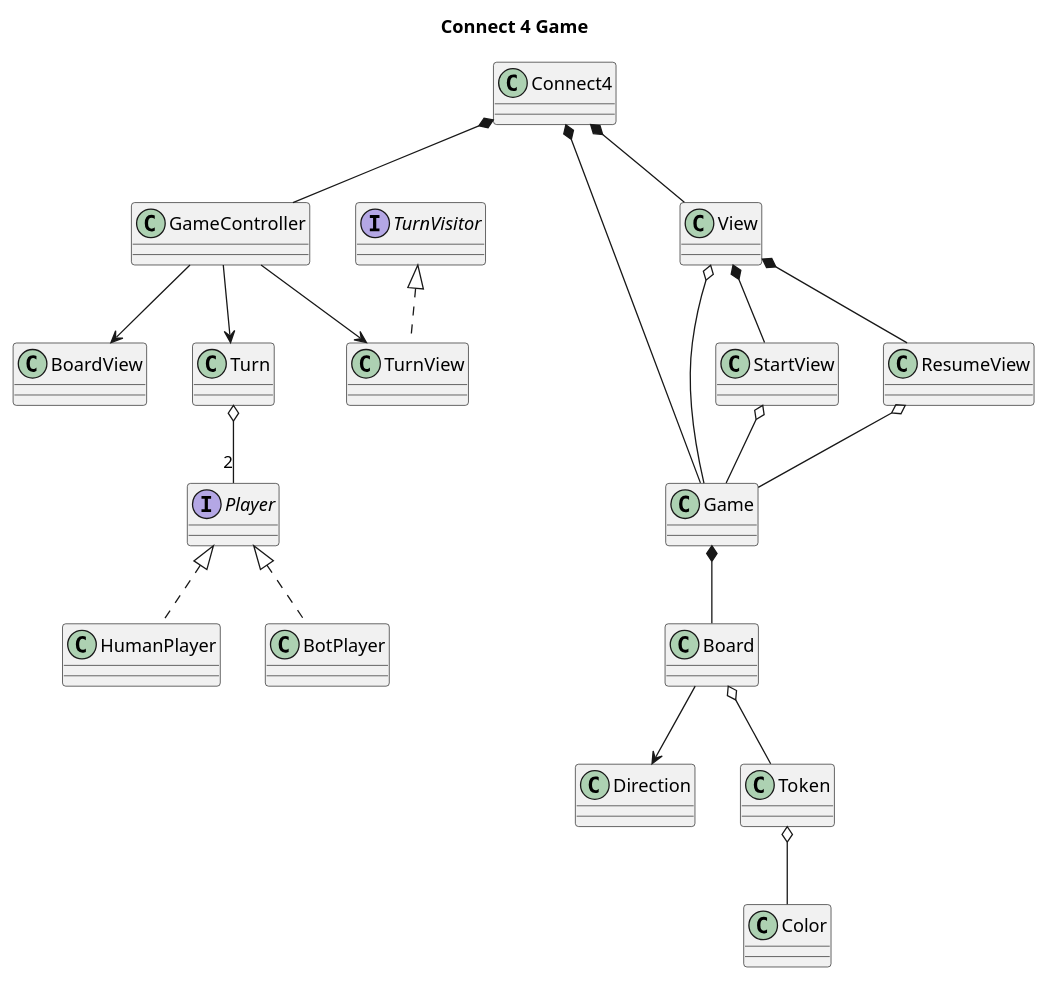
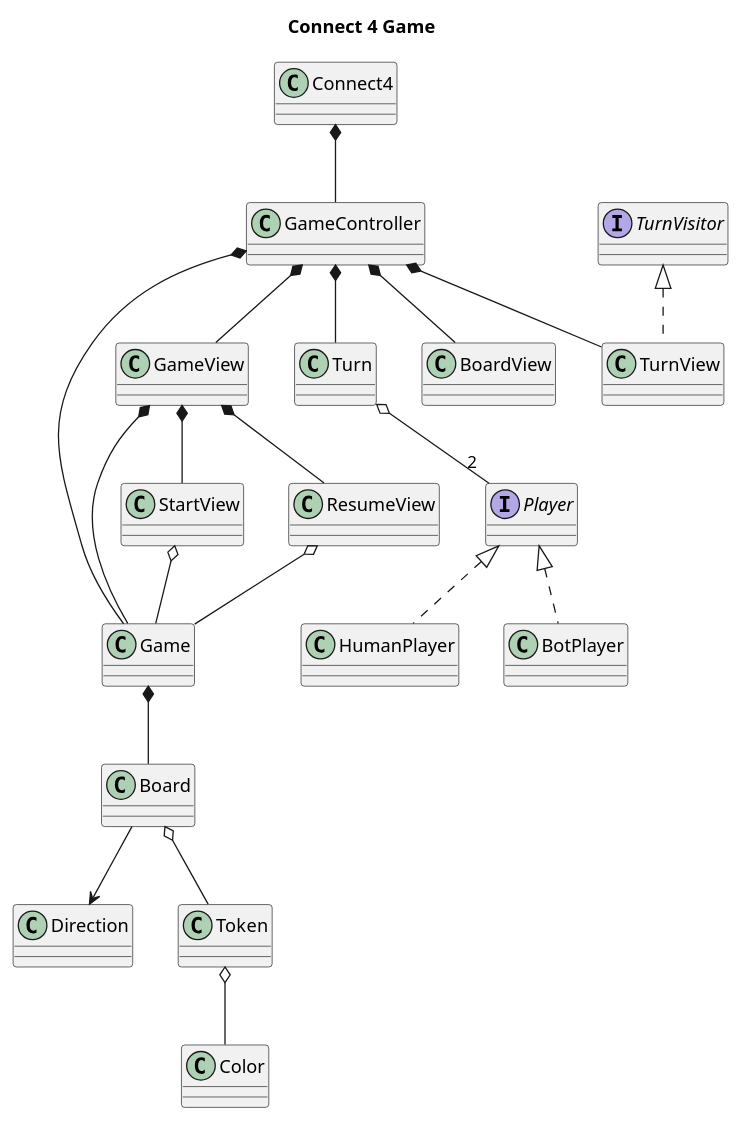
One commit to marcmorente/connect4game changed the diagram in docs/connect4game.puml. Above: the diagram before and after it, drawn with PlantUML.

Commit message:
Update UML

```diff
--- a/docs/connect4game.puml
+++ b/docs/connect4game.puml
@@ -1,40 +1,41 @@
 @startuml Connect4game
 
 skinparam classAttributeIconSize 0
 title Connect 4 Game
 class Connect4
 class GameController
 class Game
-class View
+class Turn
+class GameView
 class StartView
 class ResumeView
 class BoardView
 class TurnView implements TurnVisitor
 class HumanPlayer implements Player
 class BotPlayer implements Player
 class Board
 class Direction
 class Token
-class Turn
 class Color
 interface Player
 interface TurnVisitor
 
 Turn o-- "2" Player
-Connect4 *-- Game
-Connect4 *-- View
+
 Connect4 *-- GameController
-View *-- StartView
-View *-- ResumeView
-View o-- Game
+GameController *-- Game
+GameController *-- Turn
+GameController *-- GameView
+GameController *-- TurnView
+GameController *-- BoardView
+GameView *-- Game
+GameView *-- StartView
+GameView *-- ResumeView
+Game *-- Board
 StartView o-- Game
 ResumeView o-- Game
-GameController --> TurnView
-GameController --> BoardView
-GameController --> Turn
-Game *-- Board
 Token o-- Color
 Board o-- Token
 Board --> Direction
 
 @enduml
```
